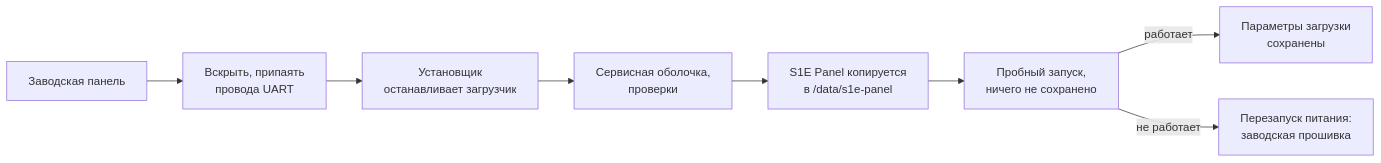
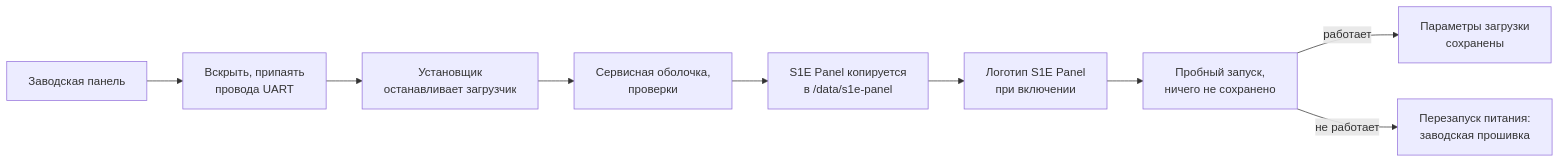
Before and after one commit to alexshemr/s1e-panel: the diagram in docs/ru/installation.md, drawn with Mermaid. The commit also changed other lines of this file and 13 other files, not shown here.

````diff
--- a/docs/ru/installation.md
+++ b/docs/ru/installation.md
@@ -20,10 +20,11 @@
 ```mermaid
 flowchart LR
   A[Заводская панель] --> B[Вскрыть, припаять<br/>провода UART]
   B --> C[Установщик<br/>останавливает загрузчик]
   C --> D[Сервисная оболочка,<br/>проверки]
   D --> E[S1E Panel копируется<br/>в /data/s1e-panel]
-  E --> F[Пробный запуск,<br/>ничего не сохранено]
+  E --> L[Логотип S1E Panel<br/>при включении]
+  L --> F[Пробный запуск,<br/>ничего не сохранено]
   F -->|работает| G[Параметры загрузки<br/>сохранены]
   F -->|не работает| H[Перезапуск питания:<br/>заводская прошивка]
 ```
````
